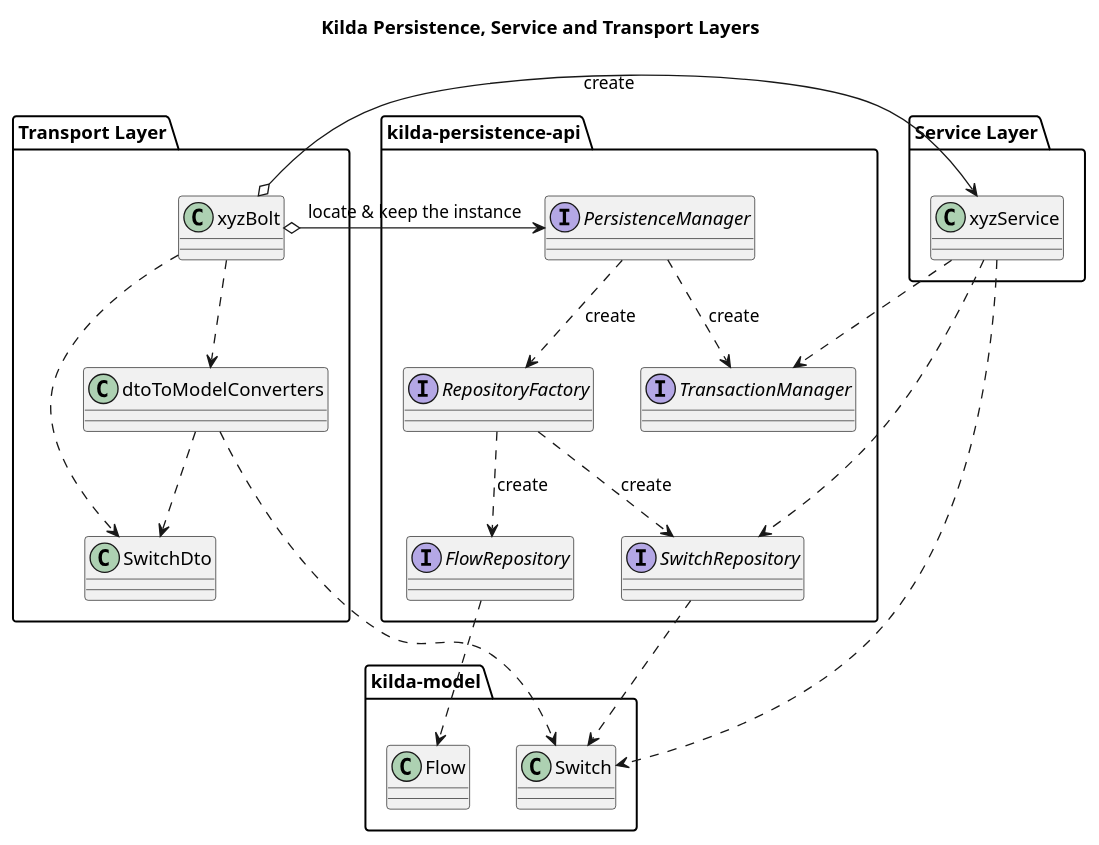
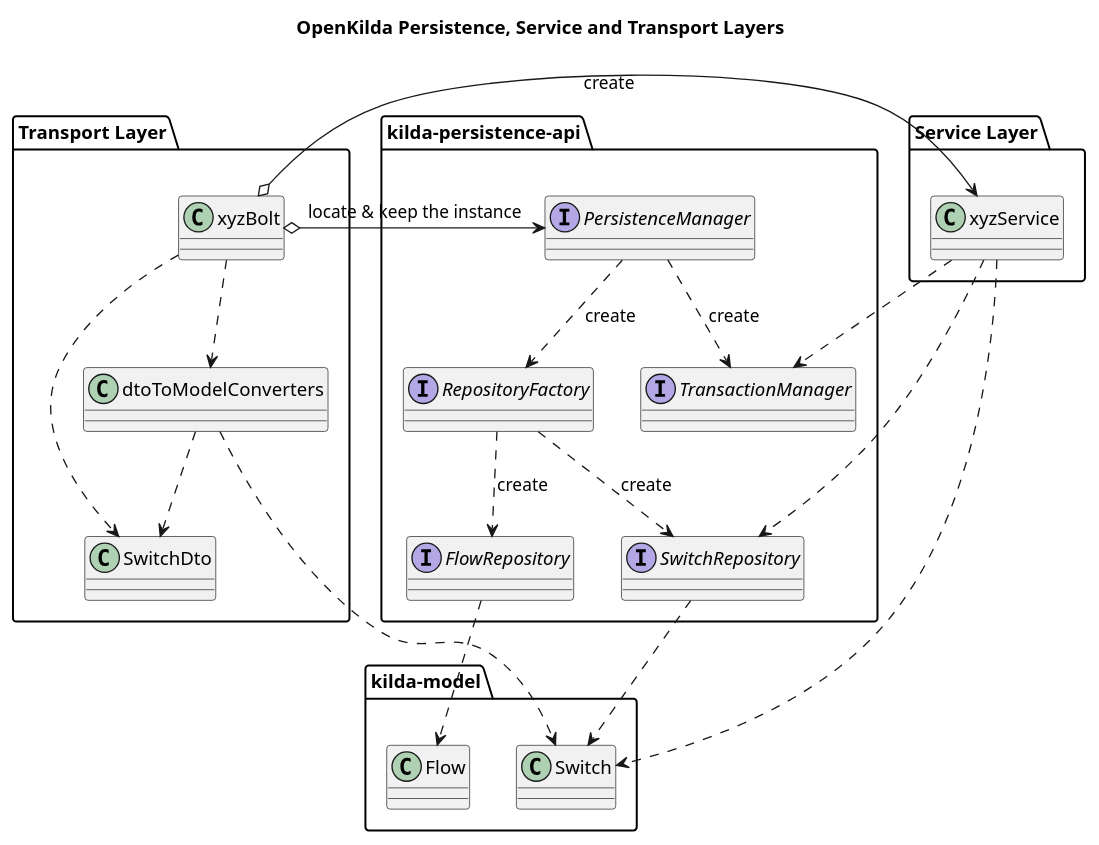
The diagram in docs/design/data-persistence/persistence-and-repositories.puml (telstra/open-kilda), drawn with PlantUML before and after one commit. The commit also changed 35 other files, not shown here.

Commit message:
Replace "Kilda" with "OpenKilda", "FloodLight" with "Floodlight", and some other typos.

```diff
--- a/docs/design/data-persistence/persistence-and-repositories.puml
+++ b/docs/design/data-persistence/persistence-and-repositories.puml
@@ -1,46 +1,46 @@
 @startuml
-title Kilda Persistence, Service and Transport Layers
+title OpenKilda Persistence, Service and Transport Layers
 
 package "kilda-model" {
     class Flow
     class Switch
 }
 
 package "kilda-persistence-api" {
     interface PersistenceManager
     interface TransactionManager
     interface RepositoryFactory
     interface FlowRepository
     interface SwitchRepository
 
     PersistenceManager ..> TransactionManager : create
     PersistenceManager ..> RepositoryFactory : create
 
     RepositoryFactory ..> FlowRepository : create
     RepositoryFactory ..> SwitchRepository : create
 
     FlowRepository ..> Flow
     SwitchRepository ..> Switch
 }
 
 package "Service Layer" {
     class xyzService
 
     xyzService ..> Switch
     xyzService ..> TransactionManager
     xyzService ..> SwitchRepository
 }
 
 package "Transport Layer" {
     class xyzBolt
     class dtoToModelConverters
     class SwitchDto
 
     xyzBolt o-> "PersistenceManager" : locate & keep the instance
     xyzBolt o-> xyzService : create
     xyzBolt ..> dtoToModelConverters
     xyzBolt ..> SwitchDto
     dtoToModelConverters ..> Switch
     dtoToModelConverters ..> SwitchDto
 }
 @enduml
```
